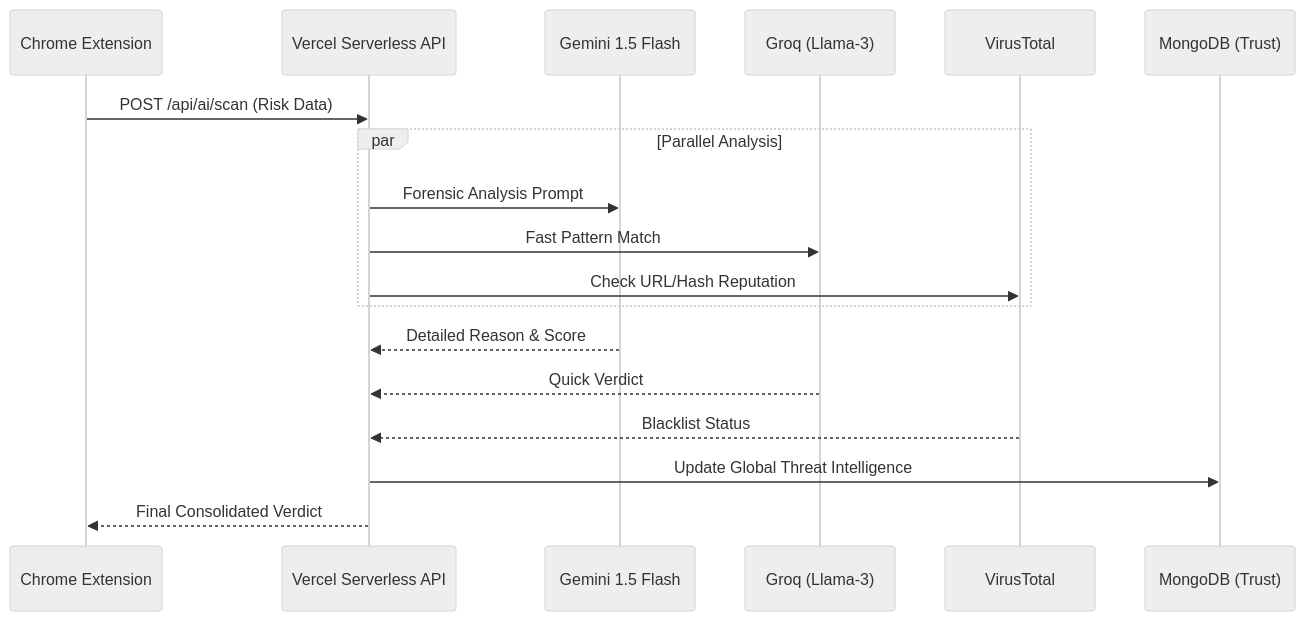
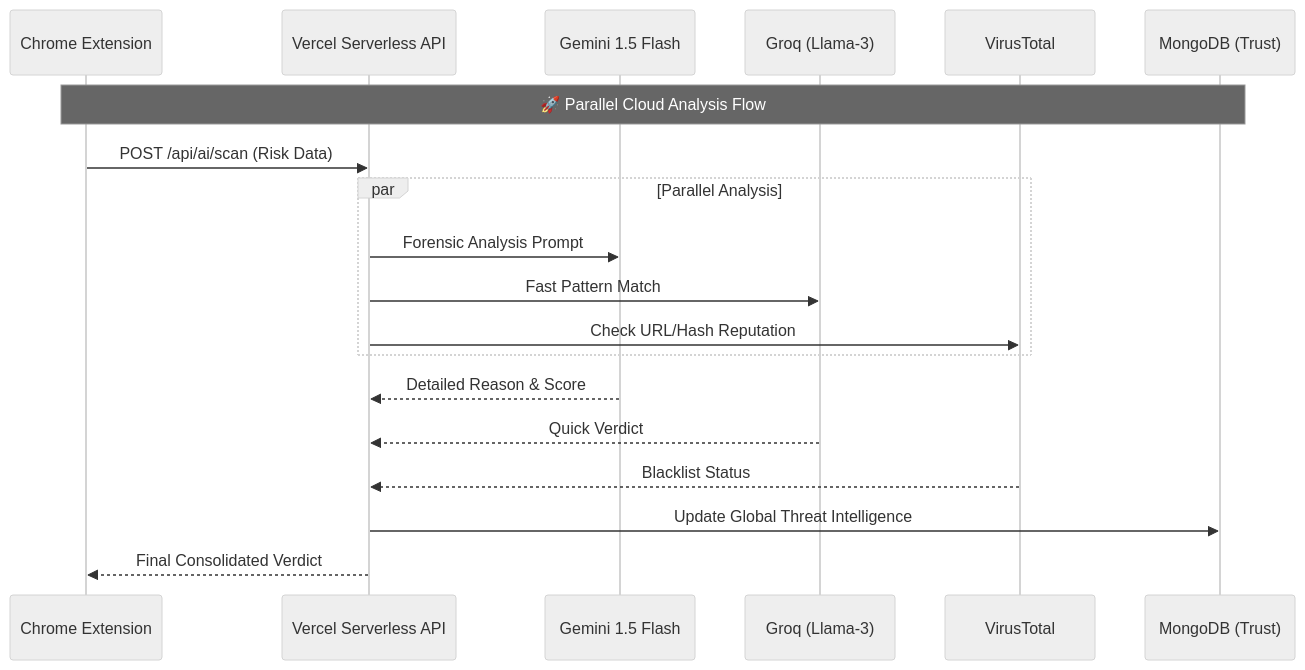
Before and after one commit to subratkumarpadhy4/PhishingShield: the second of 3 diagrams in README.md, drawn with Mermaid (neutral theme). The commit also changed other lines of this file, not shown here.

Commit message:
docs: Style Mermaid diagrams with cyberpunk colors and improved layout

````diff
--- a/README.md
+++ b/README.md
@@ -77,24 +85,26 @@
 ```mermaid
 sequenceDiagram
     participant Client as Chrome Extension
     participant API as Vercel Serverless API
     participant Gemini as Gemini 1.5 Flash
     participant Groq as Groq (Llama-3)
     participant VT as VirusTotal
     participant DB as MongoDB (Trust)
+
+    Note over Client,DB: 🚀 Parallel Cloud Analysis Flow
 
     Client->>API: POST /api/ai/scan (Risk Data)
     
     par Parallel Analysis
         API->>Gemini: Forensic Analysis Prompt
         API->>Groq: Fast Pattern Match
         API->>VT: Check URL/Hash Reputation
     end
     
     Gemini-->>API: Detailed Reason & Score
     Groq-->>API: Quick Verdict
     VT-->>API: Blacklist Status
     
     API->>DB: Update Global Threat Intelligence
     API-->>Client: Final Consolidated Verdict
 ```
````
